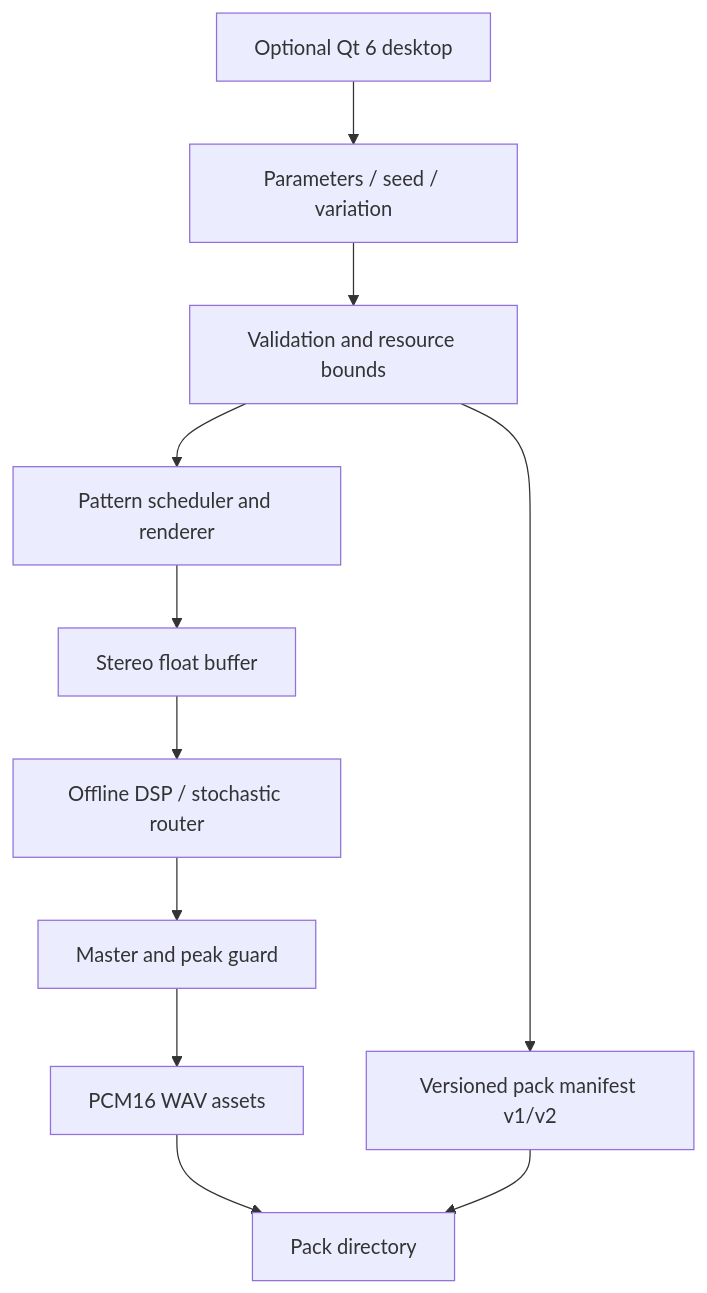
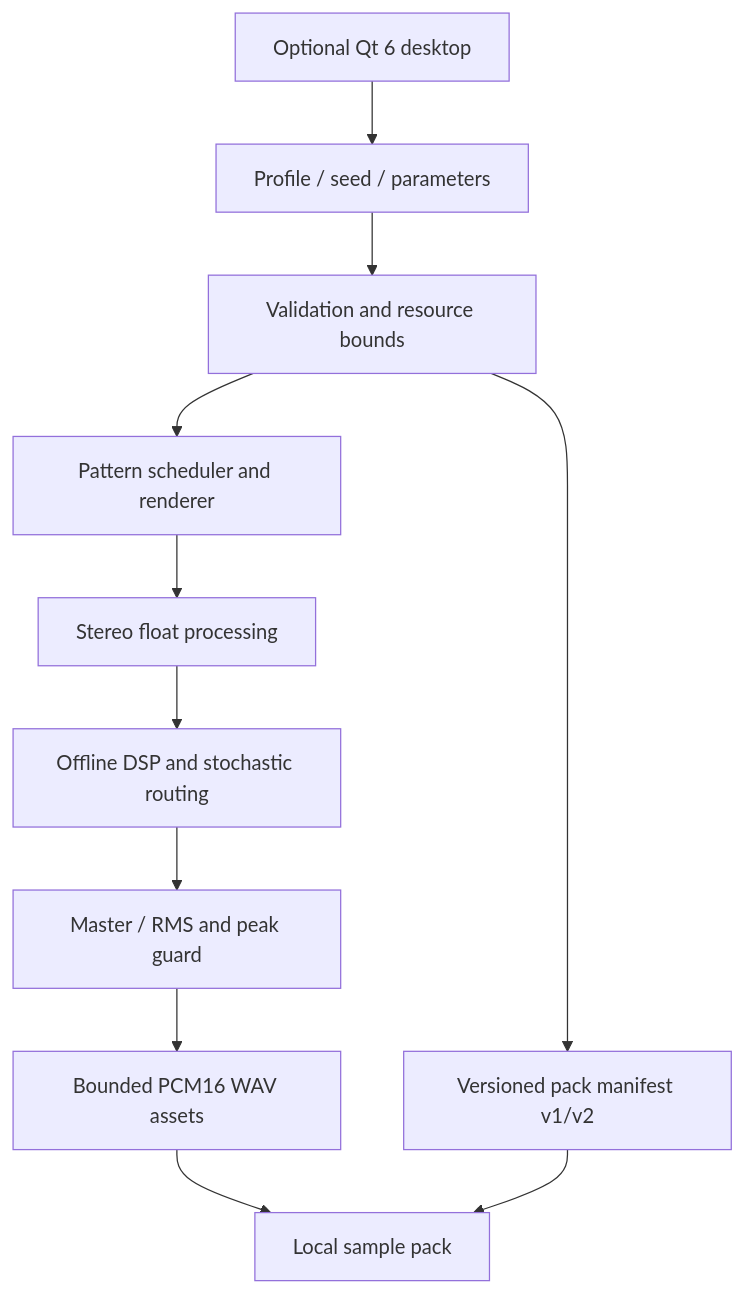
Before and after one commit to Ivan-VHS/VentuSample: the diagram in README.md, drawn with Mermaid. The commit also changed other lines of this file, not shown here.

```diff
--- a/README.md
+++ b/README.md
@@ -38,13 +17,13 @@
 ~~~mermaid
 flowchart TB
-  U["Parameters / seed / variation"] --> V["Validation and resource bounds"]
+  U["Profile / seed / parameters"] --> V["Validation and resource bounds"]
   V --> G["Pattern scheduler and renderer"]
-  G --> F["Stereo float buffer"]
-  F --> D["Offline DSP / stochastic router"]
-  D --> M["Master and peak guard"]
-  M --> W["PCM16 WAV assets"]
+  G --> F["Stereo float processing"]
+  F --> D["Offline DSP and stochastic routing"]
+  D --> M["Master / RMS and peak guard"]
+  M --> W["Bounded PCM16 WAV assets"]
   V --> J["Versioned pack manifest v1/v2"]
-  W --> P["Pack directory"]
+  W --> P["Local sample pack"]
   J --> P
   Q["Optional Qt 6 desktop"] --> U
 ~~~
```
